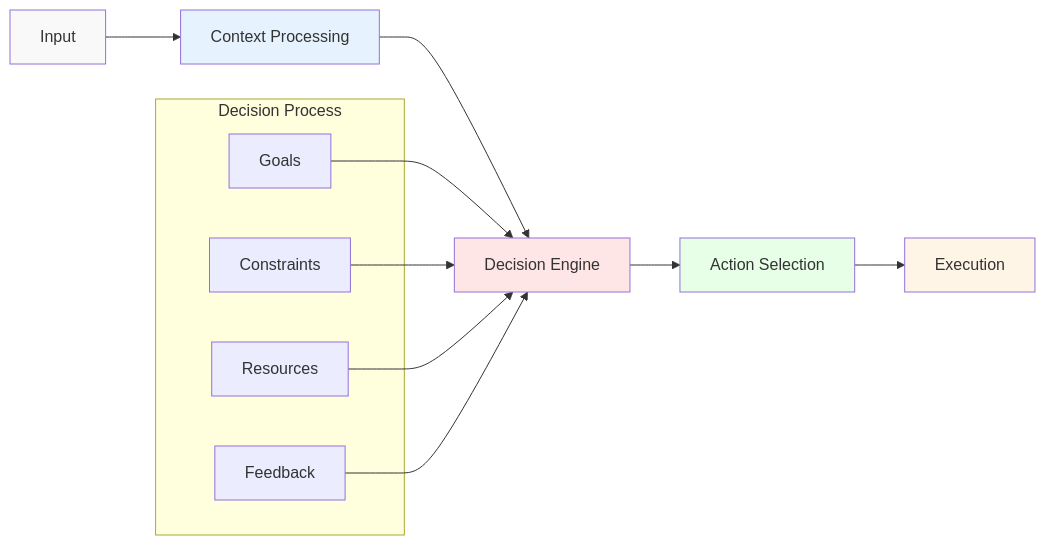
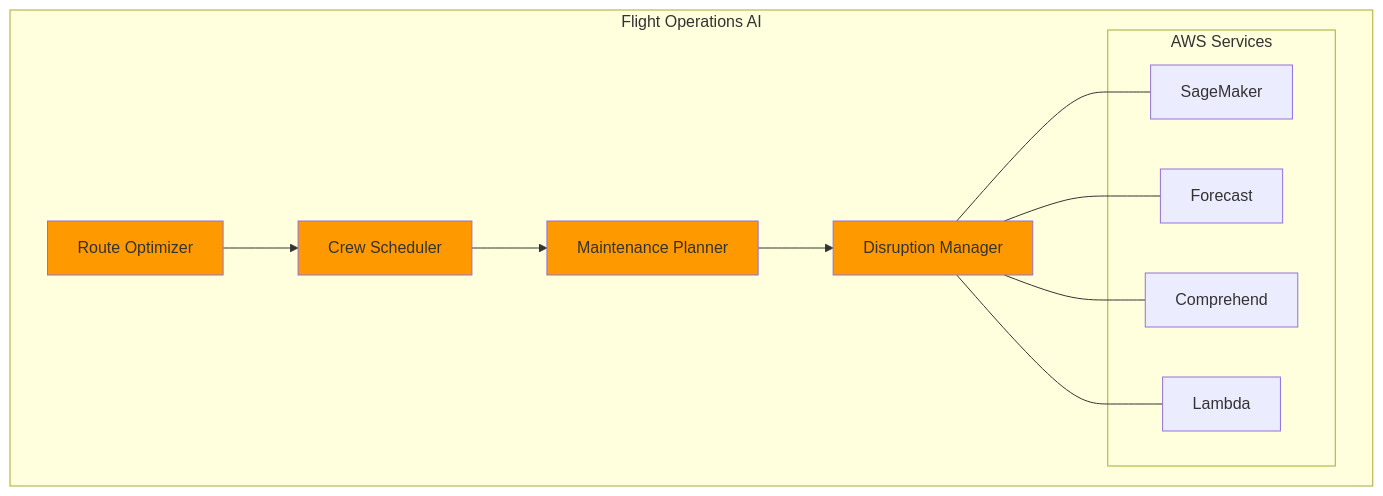
Before and after one commit to data-octo/agentic_ai_research: the second of 7 diagrams in enterprise_data_architecture/chapters/05_agentic_ai.md, drawn with Mermaid. The commit also changed other lines of this file and 11 other files, not shown here.

````diff
--- a/enterprise_data_architecture/chapters/05_agentic_ai.md
+++ b/enterprise_data_architecture/chapters/05_agentic_ai.md
@@ -46,25 +36,25 @@
 ```mermaid
-flowchart LR
-    A[Input] --> B[Context Processing]
-    B --> C[Decision Engine]
-    C --> D[Action Selection]
-    D --> E[Execution]
-    
-    subgraph "Decision Process"
-        F[Goals]
-        G[Constraints]
-        H[Resources]
-        I[Feedback]
+graph TB
+    subgraph "Flight Operations AI"
+        A[Route Optimizer] --> B[Crew Scheduler]
+        B --> C[Maintenance Planner]
+        C --> D[Disruption Manager]
+        
+        subgraph "AWS Services"
+            E[SageMaker]
+            F[Forecast]
+            G[Comprehend]
+            H[Lambda]
+        end
+        
+        D --- E
+        D --- F
+        D --- G
+        D --- H
     end
     
-    F --> C
-    G --> C
-    H --> C
-    I --> C
-    
-    style A fill:#f9f9f9
-    style B fill:#e6f3ff
-    style C fill:#ffe6e6
-    style D fill:#e6ffe6
-    style E fill:#fff5e6
+    style A fill:#ff9900
+    style B fill:#ff9900
+    style C fill:#ff9900
+    style D fill:#ff9900
 ```
````
